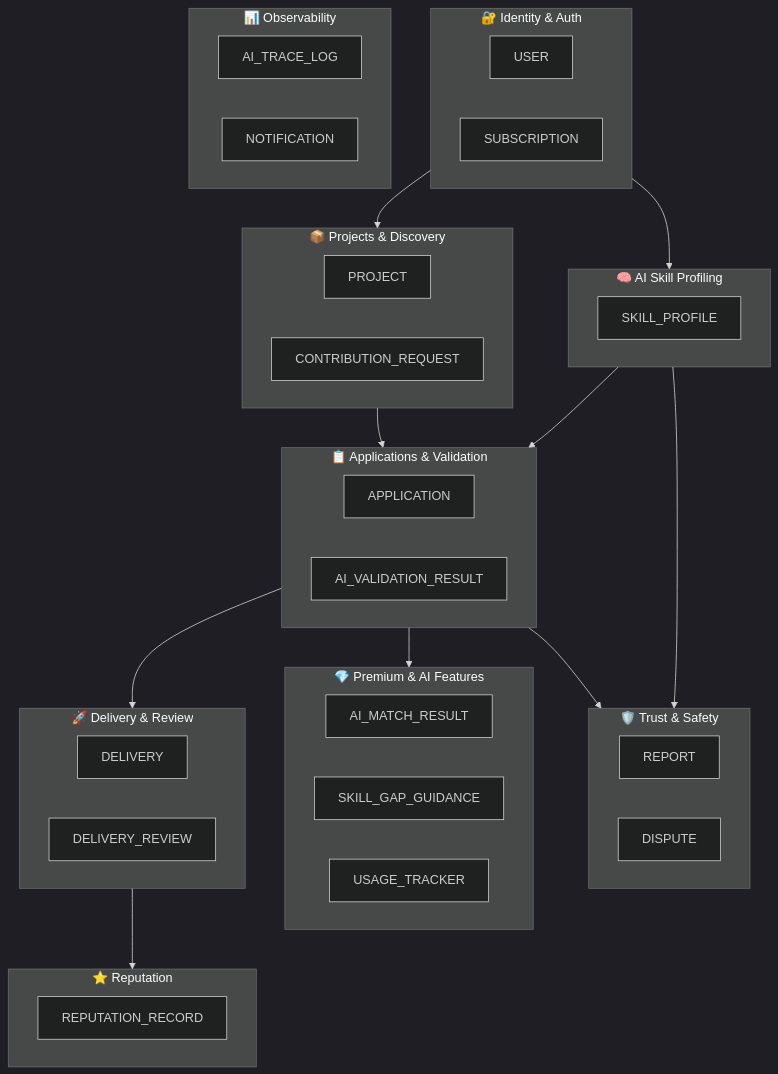
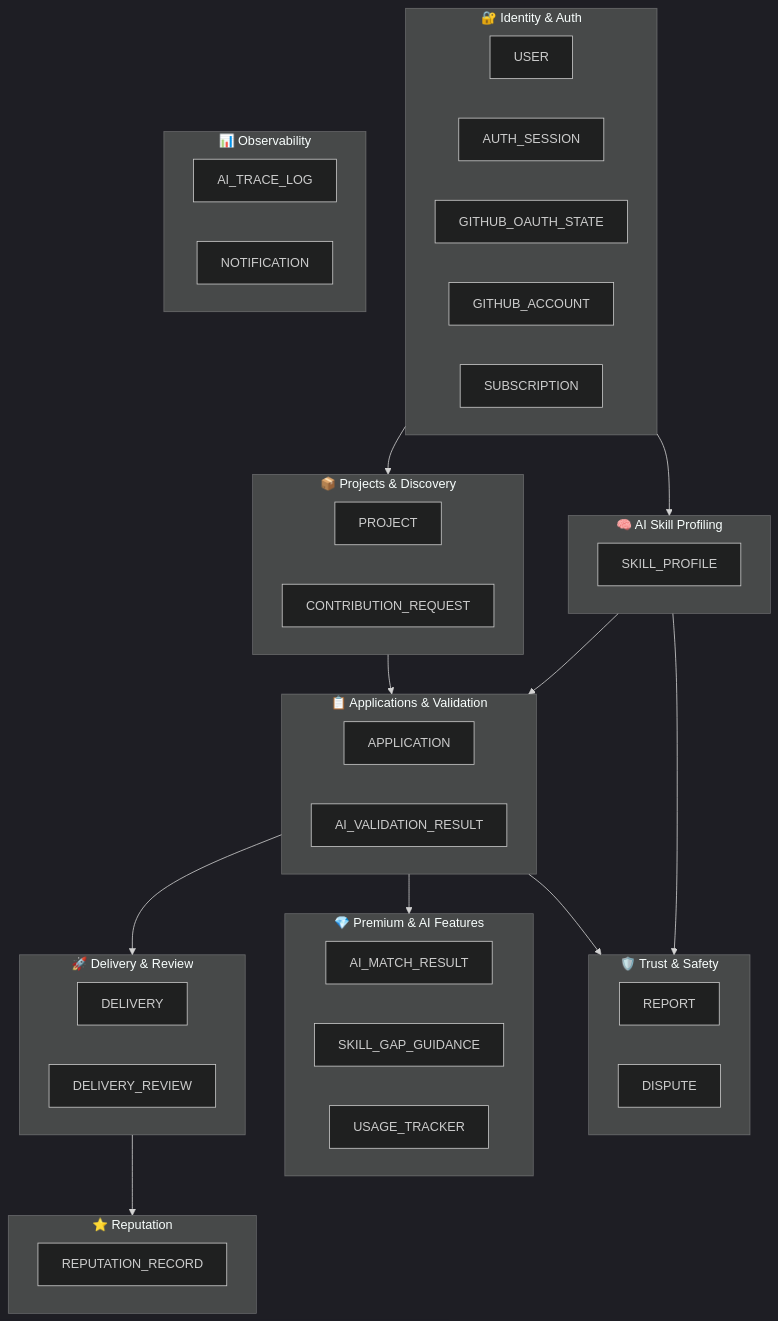
One commit to ITI-Sharek/Sharek changed the second of 2 diagrams in bmad/_bmad-output/ERD/_ERD-Overview.md. Above: the diagram before and after it, drawn with Mermaid (dark theme). The commit also changed other lines of this file and 28 other files, not shown here.

Commit message:
docs: align backend architecture and local config

````diff
--- a/bmad/_bmad-output/ERD/_ERD-Overview.md
+++ b/bmad/_bmad-output/ERD/_ERD-Overview.md
@@ -423,56 +474,59 @@
 ```mermaid
 graph TB
     subgraph Identity["🔐 Identity & Auth"]
         USER
+        AUTH_SESSION
+        GITHUB_OAUTH_STATE
+        GITHUB_ACCOUNT
         SUBSCRIPTION
     end
 
     subgraph Projects["📦 Projects & Discovery"]
         PROJECT
         CONTRIBUTION_REQUEST
     end
 
     subgraph Applications["📋 Applications & Validation"]
         APPLICATION
         AI_VALIDATION_RESULT
     end
 
     subgraph Skills["🧠 AI Skill Profiling"]
         SKILL_PROFILE
     end
 
     subgraph Delivery["🚀 Delivery & Review"]
         DELIVERY
         DELIVERY_REVIEW
     end
 
     subgraph Reputation["⭐ Reputation"]
         REPUTATION_RECORD
     end
 
     subgraph Premium["💎 Premium & AI Features"]
         AI_MATCH_RESULT
         SKILL_GAP_GUIDANCE
         USAGE_TRACKER
     end
 
     subgraph TrustSafety["🛡️ Trust & Safety"]
         REPORT
         DISPUTE
     end
 
     subgraph Observability["📊 Observability"]
         AI_TRACE_LOG
         NOTIFICATION
     end
 
     Identity --> Projects
     Identity --> Skills
     Projects --> Applications
     Skills --> Applications
     Applications --> Delivery
     Delivery --> Reputation
     Applications --> Premium
     Skills --> TrustSafety
     Applications --> TrustSafety
 ```
````
